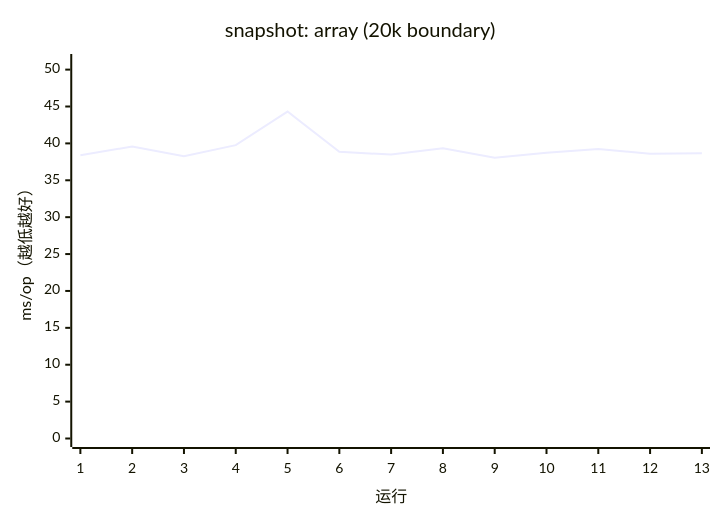
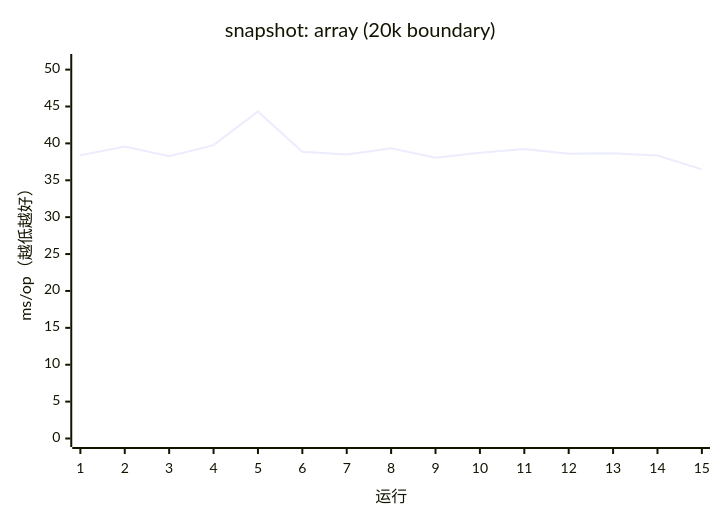
Before and after one commit to AIluffy/io: the first of 17 diagrams in apps/docs/src/content/docs/guides/benchmark.mdx, drawn with Mermaid. The commit also changed other lines of this file and 7 other files, not shown here.

````diff
--- a/apps/docs/src/content/docs/guides/benchmark.mdx
+++ b/apps/docs/src/content/docs/guides/benchmark.mdx
@@ -179,7 +181,7 @@
 ```mermaid
 xychart-beta
   title "snapshot: array (20k boundary)"
-  x-axis "运行" [1, 2, 3, 4, 5, 6, 7, 8, 9, 10, 11, 12, 13]
+  x-axis "运行" [1, 2, 3, 4, 5, 6, 7, 8, 9, 10, 11, 12, 13, 14, 15]
   y-axis "ms/op（越低越好）" 0 --> 50.9648
-  line [38.3919, 39.5763, 38.256, 39.7677, 44.3172, 38.8518, 38.4879, 39.3373, 38.0714, 38.7314, 39.2405, 38.6115, 38.6693]
+  line [38.3919, 39.5763, 38.256, 39.7677, 44.3172, 38.8518, 38.4879, 39.3373, 38.0714, 38.7314, 39.2405, 38.6115, 38.6693, 38.3462, 36.4813]
 ```
````
